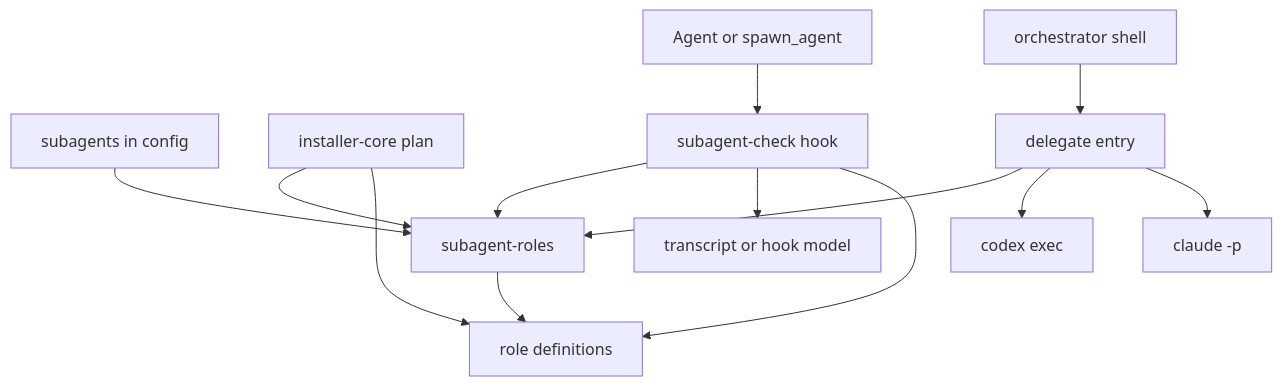
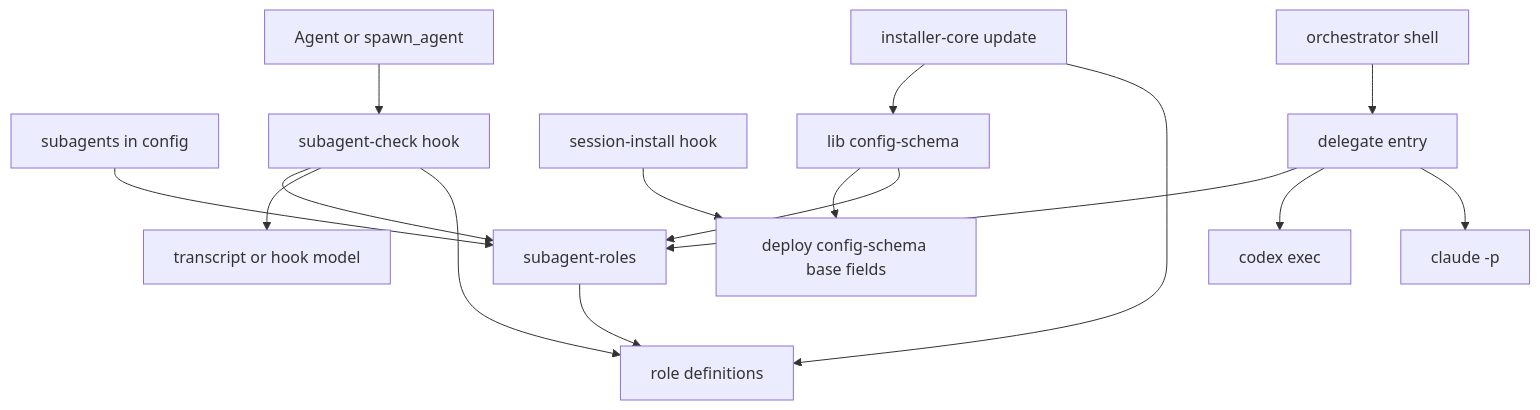
One commit to nekono-dev/cc-sdd-bootstrap changed the first of 4 diagrams in .kiro/specs/subagent-delegation/design.md. Above: the diagram before and after it, drawn with Mermaid. The commit also changed other lines of this file and 56 other files, not shown here.

````diff
--- a/.kiro/specs/subagent-delegation/design.md
+++ b/.kiro/specs/subagent-delegation/design.md
@@ -48,15 +70,18 @@
 ```mermaid
 graph TB
     Config[subagents in config] --> Roles[subagent-roles]
     Roles --> Generated[role definitions]
-    InstallerCore[installer-core plan] --> Roles
+    InstallerCore[installer-core update] --> LibSchema[lib config-schema]
+    LibSchema --> BaseSchema[deploy config-schema base fields]
+    LibSchema --> Roles
     InstallerCore --> Generated
+    SessionInstall[session-install hook] --> BaseSchema
     AgentTool[Agent or spawn_agent] --> Check[subagent-check hook]
     Check --> Roles
     Check --> Transcript[transcript or hook model]
     Check --> Generated
     Orchestrator[orchestrator shell] --> Delegate[delegate entry]
     Delegate --> Roles
     Delegate --> CodexCli[codex exec]
     Delegate --> ClaudeCli[claude -p]
 ```
````
